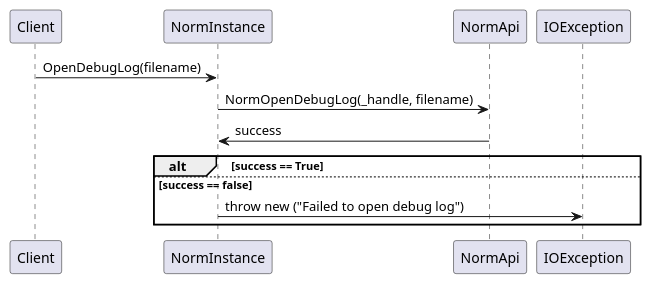
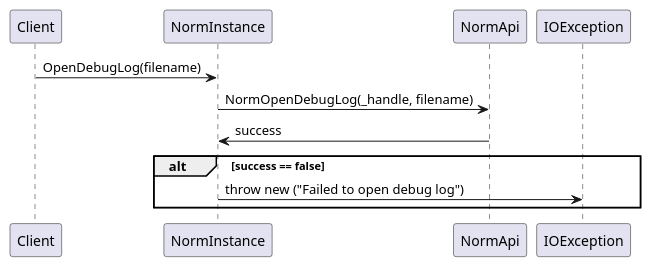
Before and after one commit to mullerj/norm: the diagram in src/dotnet/design/Mil/Navy/Nrl/Norm/Sequence Diagrams/NormInstance/OpenDebugLog.puml, drawn with PlantUML. The commit also changed 2 other files, not shown here.

```diff
--- a/src/dotnet/design/Mil/Navy/Nrl/Norm/Sequence Diagrams/NormInstance/OpenDebugLog.puml
+++ b/src/dotnet/design/Mil/Navy/Nrl/Norm/Sequence Diagrams/NormInstance/OpenDebugLog.puml
@@ -1,9 +1,8 @@
 @startuml
 Client -> NormInstance : OpenDebugLog(filename)
 NormInstance -> NormApi : NormOpenDebugLog(_handle, filename)
 NormInstance <- NormApi : success
-alt success == True
-else success == false
+alt success == false
     NormInstance -> IOException : throw new ("Failed to open debug log")
 end
 @enduml
```
